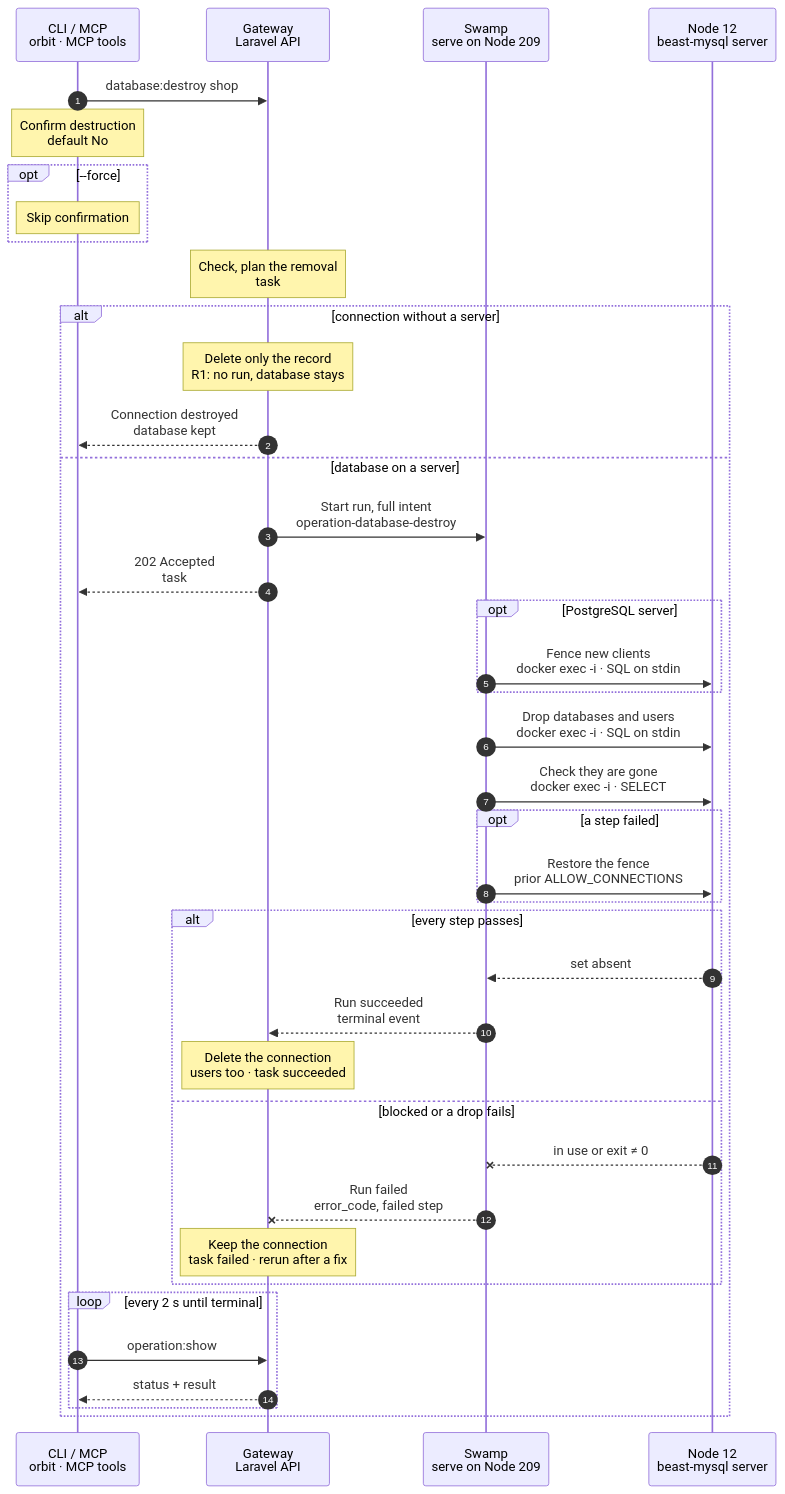
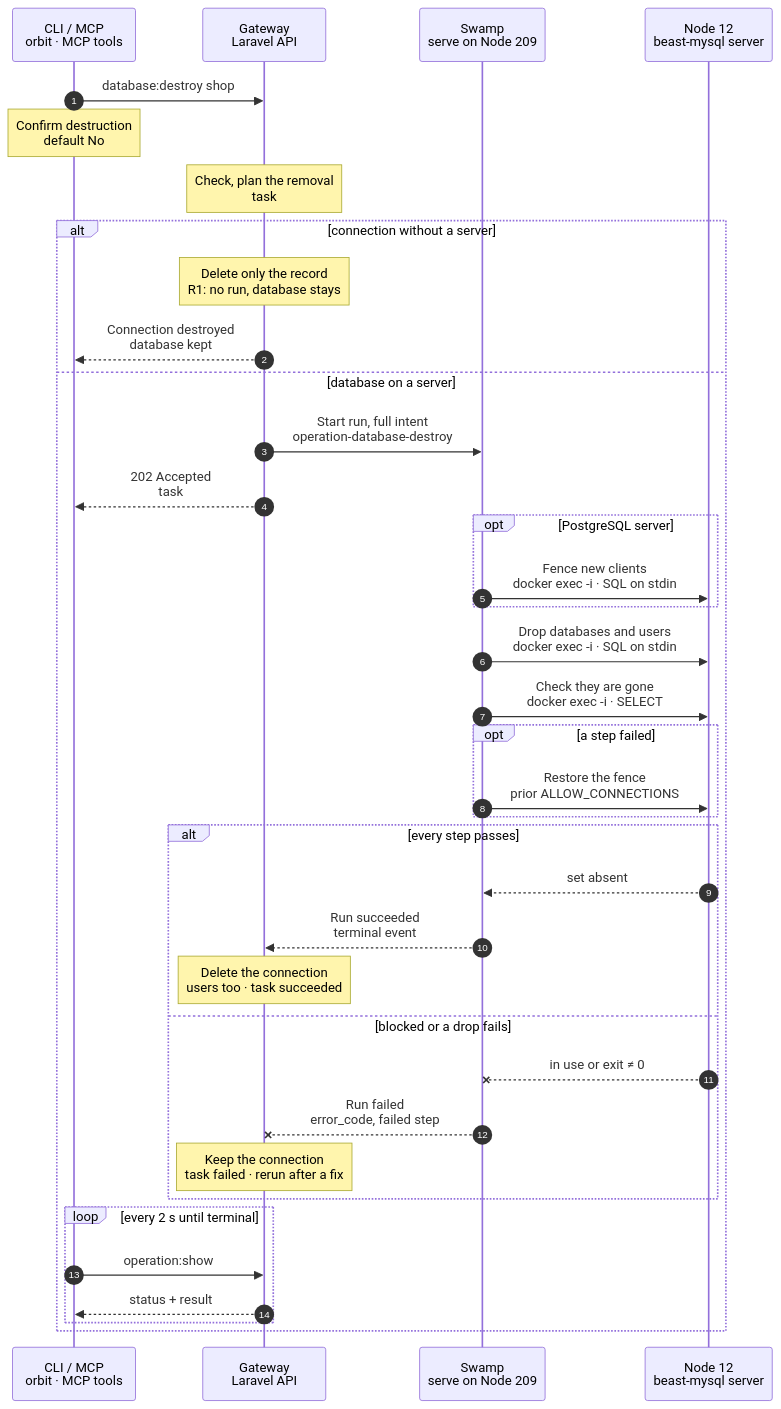
The diagram in docs/cli/database/destroy.mmd (hardimpactdev/orbit), drawn with Mermaid before and after one commit. The commit also changed 1 other file, not shown here.

Commit message:
docs(database): keep the prompt-skipping --force in notes, not opt blocks

```diff
--- a/docs/cli/database/destroy.mmd
+++ b/docs/cli/database/destroy.mmd
@@ -1,145 +1,140 @@
 sequenceDiagram
   %% Target design: ADR 0244 task, DECISIONS R1-R4, 5 (swamp role SSH identity), round 2 bugs (server admin password by its own vault key, cleanup on pass or fail). docs/reference/database-servers.md#remove-a-database.
   %% Tightened: flow-tighten 2026-11-02, rules 6, 16, 19, 22 (no copied scripts or cleanup, no ownership read, blocker check and drops in one SQL batch on stdin).
   %% status: draft
   %% command: database:destroy
   %% kind: database.destroy
   autonumber
   %% lane CLI icon=terminal pill=caller tone=gray
   %% lane GW icon=gateway pill=intent tone=blue
   %% lane SW icon=workflow pill=executes tone=green
   %% lane N icon=server pill=target tone=amber
   participant CLI as CLI / MCP<br/>orbit · MCP tools
   participant GW as Gateway<br/>Laravel API
   participant SW as Swamp<br/>serve on Node 209
   participant N as Node 12<br/>beast-mysql server
   CLI->>GW: database:destroy shop
   %%> Command:
   %%> - `orbit database:destroy shop --force`
   %%> - syntax: `<slug> [--force] [--idempotency-key=KEY] [--json]`
   %%> Input:
   %%> - the connection slug, as `database:list` shows it
   %%> Confirmation:
   %%> - without `--force`, the CLI asks first; the default is No
   %%> - with `--json` or without a terminal, `--force` is required (`database.confirmation_required`)
   Note over CLI: Confirm destruction<br/>default No
   %%> What it does:
   %%> - ask on a terminal before sending the request; decline cancels
-  opt --force
-    Note over CLI: Skip confirmation
-    %%> What it changes:
-    %%> - send the confirmed request without prompting; required for JSON or non-interactive calls
-  end
   Note over GW: Check, plan the removal<br/>task #5124 · lock beast-mysql
   %%> Requirements:
   %%> - your Node has an access grant to Node 12
   %%> - no Instance attaches `shop` (`database.connection_attached`); detach with `instance:database:remove` first
   %%> - AI router setup and Analytics do not use it
   %%> - no database creation or other removal runs on `beast-mysql`; the Gateway holds one lock per Database server
   %%> Plans:
   %%> - the databases: `shop`, its test database and the recorded test pool on MySQL or PostgreSQL
   %%> - the users Orbit created for `shop` that no other connection on the server uses
   %%> - system databases such as `mysql` or `postgres` are refused before any run
   %%> Decides:
   %%> - whether only the record goes, or the database must leave the server
   alt connection without a server
     Note over GW: Delete only the record<br/>R1: no run, database stays
     %%> When:
     %%> - a registered external database or SQLite file
     %%> Result:
     %%> - connection `shop` is deleted
     %%> - the database itself stays where it is; Orbit never created it
     %%> - no Swamp run starts (R1)
     GW-->>CLI: Connection destroyed<br/>database kept
     %%> What you get:
     %%> - the final result at once; there is nothing to follow
   else database on a server
     GW->>SW: Start run, full intent<br/>operation-database-destroy
     %%> What it does:
     %%> - starts one Swamp run on serve (Node 209)
     %%> Inputs:
     %%> - the planned databases (with the recorded test database and pool) and unshared users
     %%> - four vault key names, one per batch (`database-destroy-5124-fence`, `-drop`, `-gone`, `-restore`); each value is the admin password line and its statements, so the password never enters the intent
     %%> - Node 12's address and SSH host keys; the SSH identity comes from the `swamp` role
     GW-->>CLI: 202 Accepted<br/>task #5124
     %%> What you get:
     %%> - the task number, at once
     %%> Next:
     %%> - the CLI follows the task with `operation:show`
     opt PostgreSQL server
       SW->>N: Fence new clients<br/>docker exec -i · SQL on stdin
       %%> How:
       %%> - Swamp reaches Node 12 over SSH from 209 with the official `@swamp/ssh` behavior; nothing is copied to the Node
       %%> - one `docker exec -i` into the server container, the admin password as the first stdin line, then the statements
       %%> What it does:
       %%> - stops new clients from connecting to every planned database
       %%> - journals each database's prior value in `orbit_admin.database_removal_fences`, in the same transaction
       %%> Not included:
       %%> - existing clients stay connected; Orbit never force-disconnects them
     end
     SW->>N: Drop databases and users<br/>docker exec -i · SQL on stdin
     %%> What it does:
     %%> - one statement batch on stdin: first the blocker query, then each planned database, then each planned user that no other connection on `beast-mysql` uses
     %%> - a missing database or user counts as removed
     %%> Blocks:
     %%> - PostgreSQL: sessions, replication slots, prepared transactions, subscriptions, outside dependencies of a removed role
     %%> - MySQL: connected clients, metadata locks, outside definers, cross-schema foreign keys
     %%> - any blocker ends the batch with `database.in_use` before the first drop
     %%> Per driver:
     %%> - admin login: the admin password as the first stdin line, from the vault, read inside the container
     %%> - Valkey: no database; `ACL DELUSER`, then `ACL SAVE`; the user's keys stay
     %%> - Valkey default login: the removal plan excludes `default`; its credentials and keys stay
     %%> Not included:
     %%> - no ownership read first: the plan comes from the Gateway's records
     SW->>N: Check they are gone<br/>docker exec -i · SELECT
     %%> What it does:
     %%> - checks that no planned database or user is left on the server; the check fails the run while one remains
     %%> Why:
     %%> - the removal only counts when the server shows it; this is the one end check, and a parent run such as `instance:destroy` sees a refusal too
     opt a step failed
       SW->>N: Restore the fence<br/>prior ALLOW_CONNECTIONS
       %%> When:
       %%> - only after a failed step on a fenced PostgreSQL server: a step with `dependsOn` and the condition `failed`
       %%> What it does:
       %%> - gives each surviving database its exact prior value from the journal
       %%> If it fails:
       %%> - the journal stays; the next `database:destroy` restores or finishes
     end
     alt every step passes
       N-->>SW: set absent
       %%> Returns:
       %%> - the check passed for every database and user
       SW-->>GW: Run succeeded<br/>terminal event
       %%> How the Gateway learns it:
       %%> - its shared run reader sees the terminal event; Swamp never calls the Gateway
       Note over GW: Delete the connection<br/>users too · task succeeded
       %%> Result:
       %%> - connection `shop` and its recorded users are deleted
       %%> - task #5124 succeeds
     else blocked or a drop fails
       N--xSW: in use or exit ≠ 0
       %%> When:
       %%> - a blocker, an ownership refusal, a failed drop, or a lost SSH connection
       SW--xGW: Run failed<br/>error_code, failed step
       %%> The Gateway reads:
       %%> - which step failed and its error code, for example `database.in_use`
       Note over GW: Keep the connection<br/>task failed · rerun after a fix
       %%> Result:
       %%> - connection `shop` stays with its users and attachments; the task records the failure
       %%> - task #5124 fails
       %%> On the Node:
       %%> - after a blocker, nothing was dropped
       %%> - after a failed drop, the dropped objects stay gone; there is no rollback
       %%> Retry:
       %%> - stop the clients or remove the blockers, then run the same command again
       %%> - a rerun repeats the checks and counts missing objects as removed
     end
     loop every 2 s until terminal
       CLI->>GW: operation:show #5124
       %%> What it does:
       %%> - asks for the task's status every 2 seconds until it has ended
       GW-->>CLI: status + result
       %%> Returns:
       %%> - the current status, and the result once the task has ended
     end
   end
```
